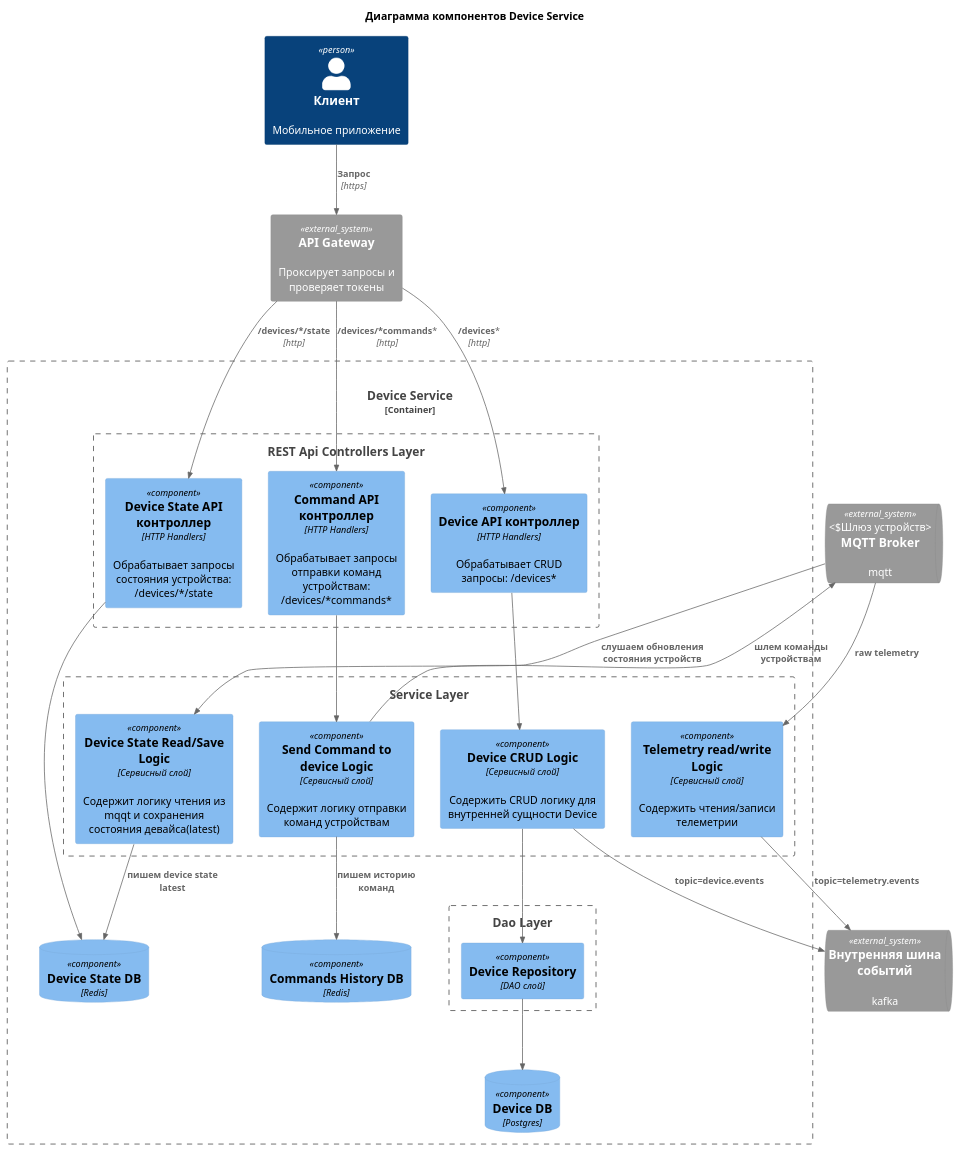
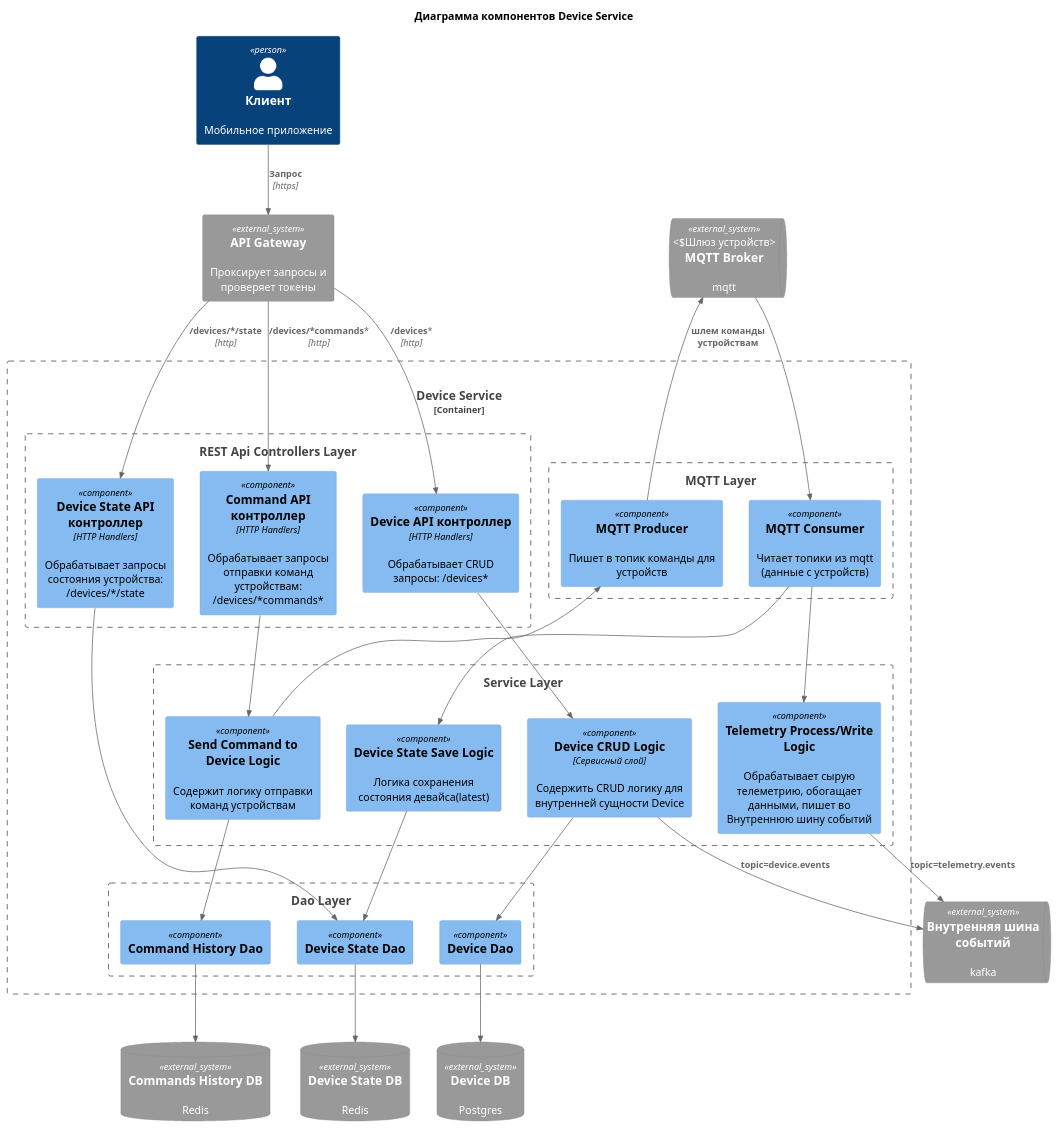
The diagram in diagrams/component/device_service.puml (afakhrieva/architecture-pro-warmhouse), drawn with PlantUML before and after one commit. The commit also changed 11 other files, not shown here.

Commit message:
Фикс диаграмм. Добавлена диаграмма кода для Telemetry Service

```diff
--- a/diagrams/component/device_service.puml
+++ b/diagrams/component/device_service.puml
@@ -1,65 +1,78 @@
 @startuml
 
 title Диаграмма компонентов Device Service
 
 top to bottom direction
 
 !include <C4/C4_Component>
 !include <C4/C4_Context>
 !include <C4/C4_Container>
 
 Person(client, "Клиент", "Мобильное приложение")
 
 System_Ext(ApiGateway, "API Gateway", "Проксирует запросы и проверяет токены")
 SystemQueue_Ext(MQTT, "MQTT Broker", "mqtt", "Шлюз устройств")
 SystemQueue_Ext(EventBus, "Внутренняя шина событий", "kafka")
 
+SystemDb_Ext(DeviceDB, "Device DB", "Postgres")
+SystemDb_Ext(DeviceStateDB, "Device State DB", "Redis")
+SystemDb_Ext(CommandsHistoryDB, "Commands History DB", "Redis")
+
 Container_Boundary(device_service, "Device Service") {
 
     Boundary(rest_api, "REST Api Controllers Layer"){
         Component(DeviceApi, "Device API контроллер", "HTTP Handlers", "Обрабатывает CRUD запросы: /devices*")
         Component(DeviceStateApi, "Device State API контроллер", "HTTP Handlers", "Обрабатывает запросы состояния устройства: /devices/*/state")
         Component(CommandApi, "Command API контроллер", "HTTP Handlers", "Обрабатывает запросы отправки команд устройствам: /devices/*commands*")
     }
 
+    Boundary(mqtt, "MQTT Layer") {
+        Component(MQTTConsumer, "MQTT Consumer", "", "Читает топики из mqtt (данные с устройств)")
+        Component(MQTTProducer, "MQTT Producer", "", "Пишет в топик команды для устройств")
+    }
+
     Boundary(service, "Service Layer"){
         Component(DeviceService, "Device CRUD Logic", "Сервисный слой", "Содержить CRUD логику для внутренней сущности Device")
-        Component(DeviceStateReader, "Device State Read/Save Logic", "Сервисный слой", "Содержит логику чтения из mqqt и сохранения состояния девайса(latest)")
-        Component(CommandService, "Send Command to device Logic", "Сервисный слой", "Содержит логику отправки команд устройствам")
 
-        Component(TelemetryService, "Telemetry read/write Logic", "Сервисный слой", "Содержить чтения/записи телеметрии")
+        Component(DeviceStateReader, "Device State Save Logic", "", "Логика сохранения состояния девайса(latest)")
+        Component(CommandService, "Send Command to Device Logic", "", "Содержит логику отправки команд устройствам")
+        Component(TelemetryService, "Telemetry Process/Write Logic", "", "Обрабатывает сырую телеметрию, обогащает данными, пишет во Внутреннюю шину событий")
     }
 
     Boundary(dao, "Dao Layer") {
-        Component(DeviceRepository, "Device Repository", "DAO слой")
+        Component(DeviceDao, "Device Dao")
+        Component(DeviceStateDao, "Device State Dao")
+        Component(CommandHistoryDao, "Command History Dao")
     }
 
-    ComponentDb(DeviceDB, "Device DB", "Postgres")
-    ComponentDb(DeviceStateDB, "Device State DB", "Redis")
-    ComponentDb(CommandsHistoryDB, "Commands History DB", "Redis")
+    Rel(DeviceApi, DeviceService, " ")
+    Rel(DeviceService, DeviceDao, " ")
 
-    Rel(DeviceApi, DeviceService, " ")
-    Rel(DeviceService, DeviceRepository, " ")
-    Rel(DeviceRepository, DeviceDB, " ")
+    Rel(MQTTConsumer, DeviceStateReader, " ")
+    Rel(MQTTConsumer, TelemetryService, " ")
 
-    Rel(DeviceStateApi, DeviceStateDB, " ")
-    Rel(DeviceStateReader, DeviceStateDB, "пишем device state latest")
+    Rel(DeviceStateApi, DeviceStateDao, " ")
+    Rel(DeviceStateReader, DeviceStateDao, " ")
 
     Rel(CommandApi, CommandService, " ")
-    Rel(CommandService, CommandsHistoryDB, "пишем историю команд")
+    Rel(CommandService, MQTTProducer, " ")
+    Rel(CommandService, CommandHistoryDao, " ")
 }
+Rel(DeviceDao, DeviceDB, " ")
+Rel(DeviceStateDao, DeviceStateDB, " ")
+
+Rel(CommandHistoryDao, CommandsHistoryDB, " ")
 
 Rel(client, ApiGateway, "Запрос", "https")
 Rel(ApiGateway, DeviceApi, "/devices*", "http")
 Rel(ApiGateway, DeviceStateApi, "/devices/*/state", "http")
 Rel(ApiGateway, CommandApi, "/devices/*commands*", "http")
 
-Rel(MQTT, TelemetryService, "raw telemetry")
-Rel(MQTT, DeviceStateReader, "слушаем обновления состояния устройств")
+Rel(MQTT, MQTTConsumer, " ")
 Rel(TelemetryService, EventBus, "topic=telemetry.events")
 
-Rel(CommandService, MQTT, "шлем команды устройствам")
+Rel(MQTTProducer, MQTT, "шлем команды устройствам")
 
 Rel(DeviceService, EventBus, "topic=device.events")
 
 @enduml
```
